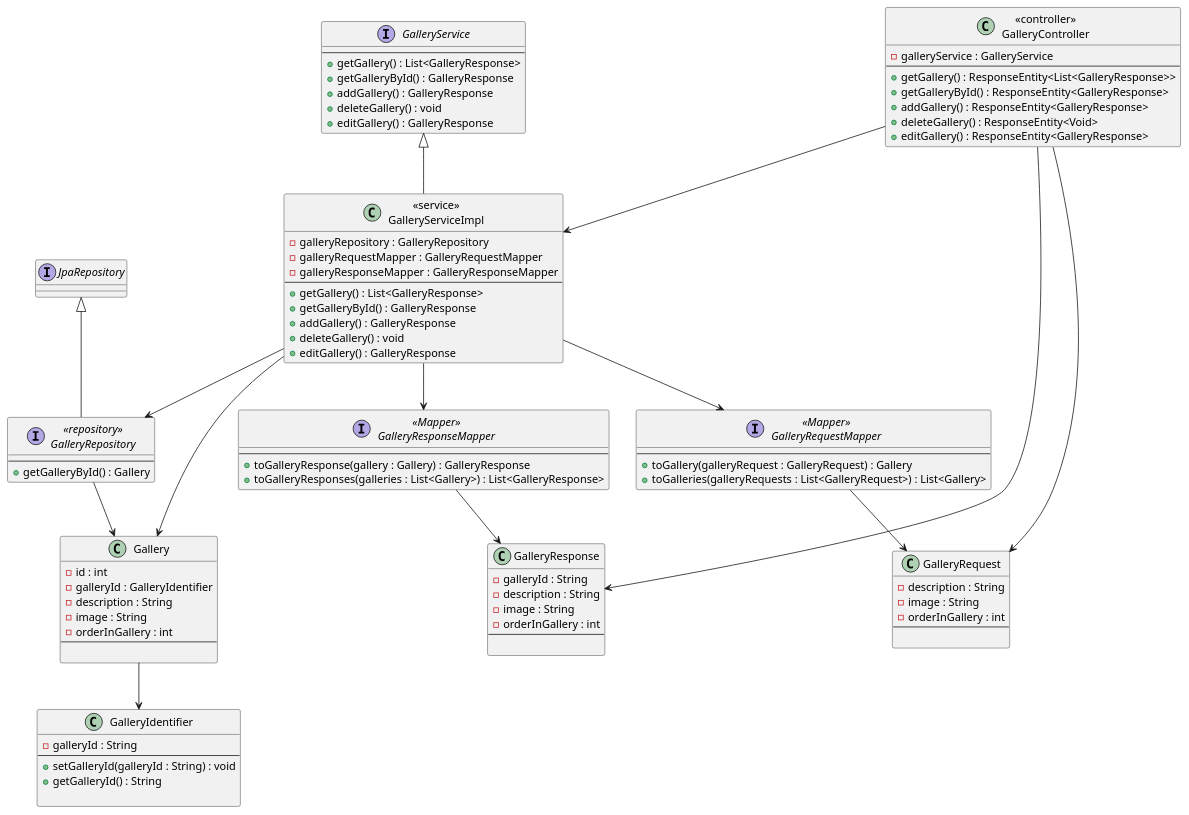
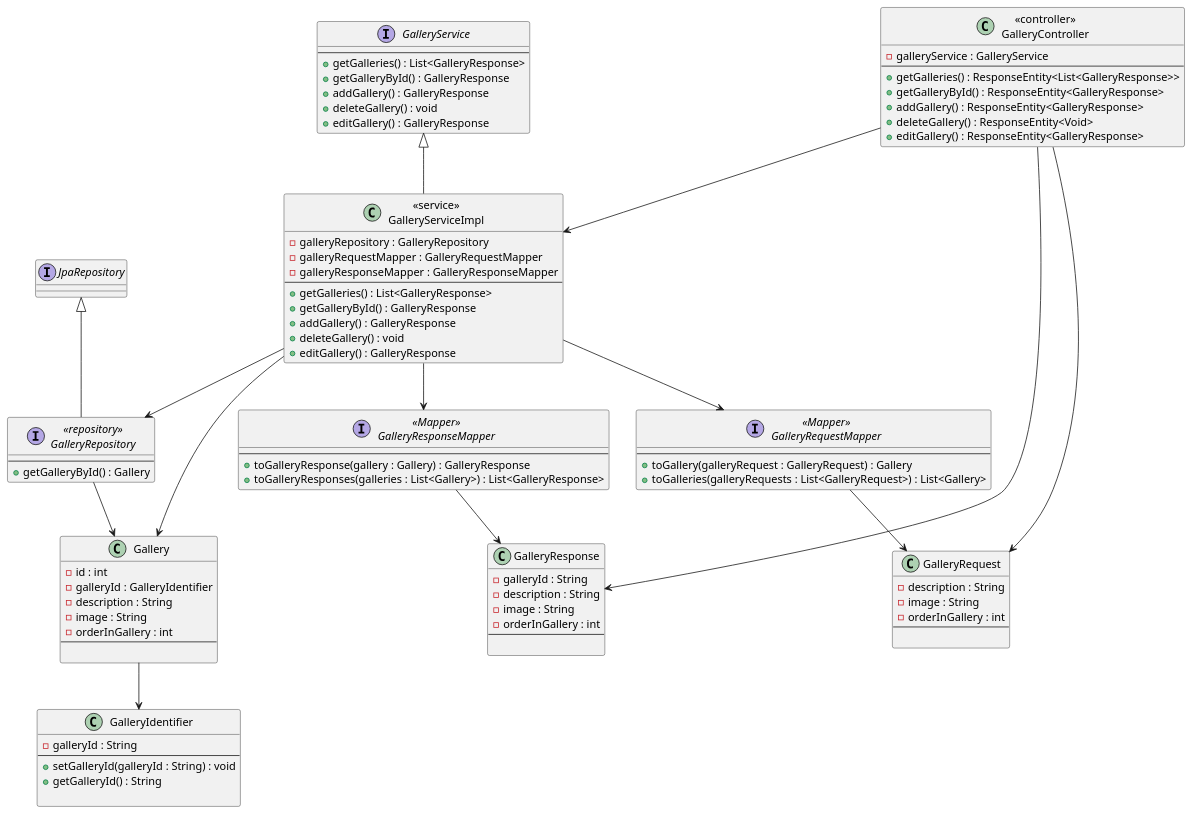
One commit to DylanBrass/Corso-Website changed the diagram in Sprint_1/View_Carousel/Design_lvl_Class_diagram.puml. Above: the diagram before and after it, drawn with PlantUML. The commit also changed 13 other files, not shown here.

Commit message:
doc: use case diagrams

```diff
--- a/Sprint_1/View_Carousel/Design_lvl_Class_diagram.puml
+++ b/Sprint_1/View_Carousel/Design_lvl_Class_diagram.puml
@@ -1,116 +1,116 @@
 @startuml
 
 class "<<controller>>\nGalleryController" as controller {
     - galleryService : GalleryService
     ---
-    + getGallery() : ResponseEntity<List<GalleryResponse>>
+    + getGalleries() : ResponseEntity<List<GalleryResponse>>
     + getGalleryById() : ResponseEntity<GalleryResponse>
     + addGallery() : ResponseEntity<GalleryResponse>
     + deleteGallery() : ResponseEntity<Void>
     + editGallery() : ResponseEntity<GalleryResponse>
 }
 
 interface "GalleryService" as service{
     ---
-    + getGallery() : List<GalleryResponse>
+    + getGalleries() : List<GalleryResponse>
     + getGalleryById() : GalleryResponse
     + addGallery() : GalleryResponse
     + deleteGallery() : void
     + editGallery() : GalleryResponse
 }
 
 class "<<service>>\nGalleryServiceImpl" as serviceImpl{
     - galleryRepository : GalleryRepository
     - galleryRequestMapper : GalleryRequestMapper
     - galleryResponseMapper : GalleryResponseMapper
     ---
-    + getGallery() : List<GalleryResponse>
+    + getGalleries() : List<GalleryResponse>
     + getGalleryById() : GalleryResponse
     + addGallery() : GalleryResponse
     + deleteGallery() : void
     + editGallery() : GalleryResponse
 }
 
 class serviceImpl extends service
 
 interface "<<repository>>\nGalleryRepository" as repository{
     ---
     + getGalleryById() : Gallery
 }
 
 class GalleryIdentifier {
     - galleryId : String
     ---
     + setGalleryId(galleryId : String) : void
     + getGalleryId() : String
 
 }
 
 class "Gallery" as gallery{
     - id : int
     - galleryId : GalleryIdentifier
     - description : String
     - image : String
     - orderInGallery : int
     ---
   
 }
 
 class "GalleryResponse" as galleryResponse{
     - galleryId : String
     - description : String
     - image : String
     - orderInGallery : int
     ---
   
 }
 
 class "GalleryRequest" as galleryRequest{
     - description : String
     - image : String
     - orderInGallery : int
     ---
   
 }
 
 
 requestMapper --> galleryRequest
 
 responseMapper --> galleryResponse
 
 
 
 serviceImpl --> gallery
 
 repository --> gallery
 
 serviceImpl --> responseMapper
 serviceImpl --> requestMapper
 
 
 interface "<<Mapper>>\nGalleryRequestMapper" as requestMapper{
     ---
     + toGallery(galleryRequest : GalleryRequest) : Gallery
     + toGalleries(galleryRequests : List<GalleryRequest>) : List<Gallery>
 }
 
 interface "<<Mapper>>\nGalleryResponseMapper" as responseMapper{
     ---
     + toGalleryResponse(gallery : Gallery) : GalleryResponse
     + toGalleryResponses(galleries : List<Gallery>) : List<GalleryResponse>
 }
 
 
 controller --> galleryResponse
 controller --> galleryRequest
 
 
 interface repository extends JpaRepository
 
 controller --> serviceImpl
 
 serviceImpl --> repository
 
 gallery --> GalleryIdentifier
 
 @endpuml
```
